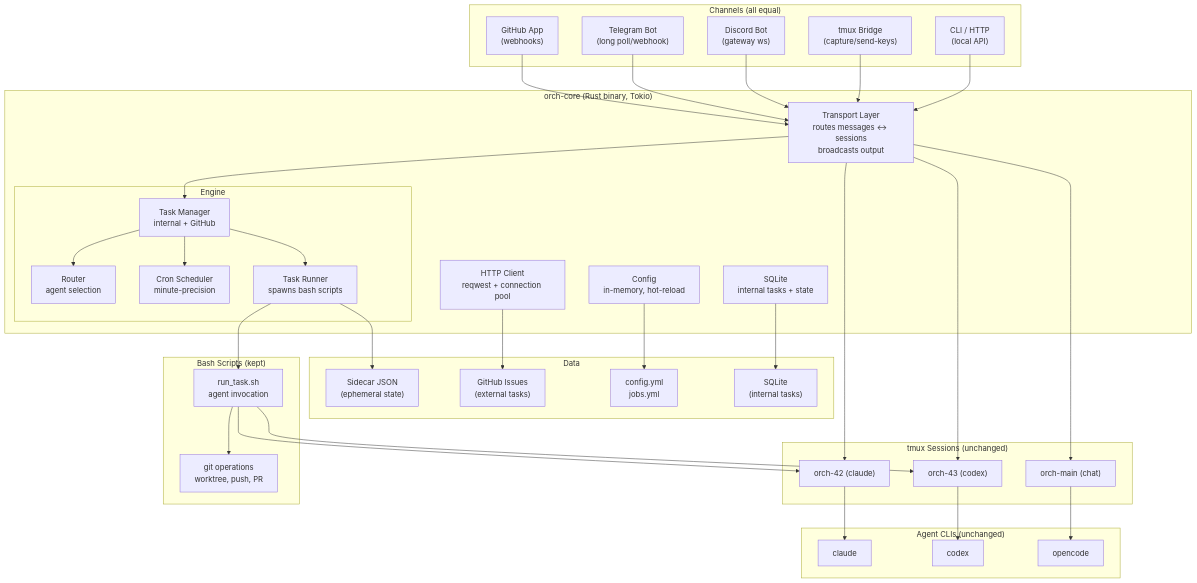
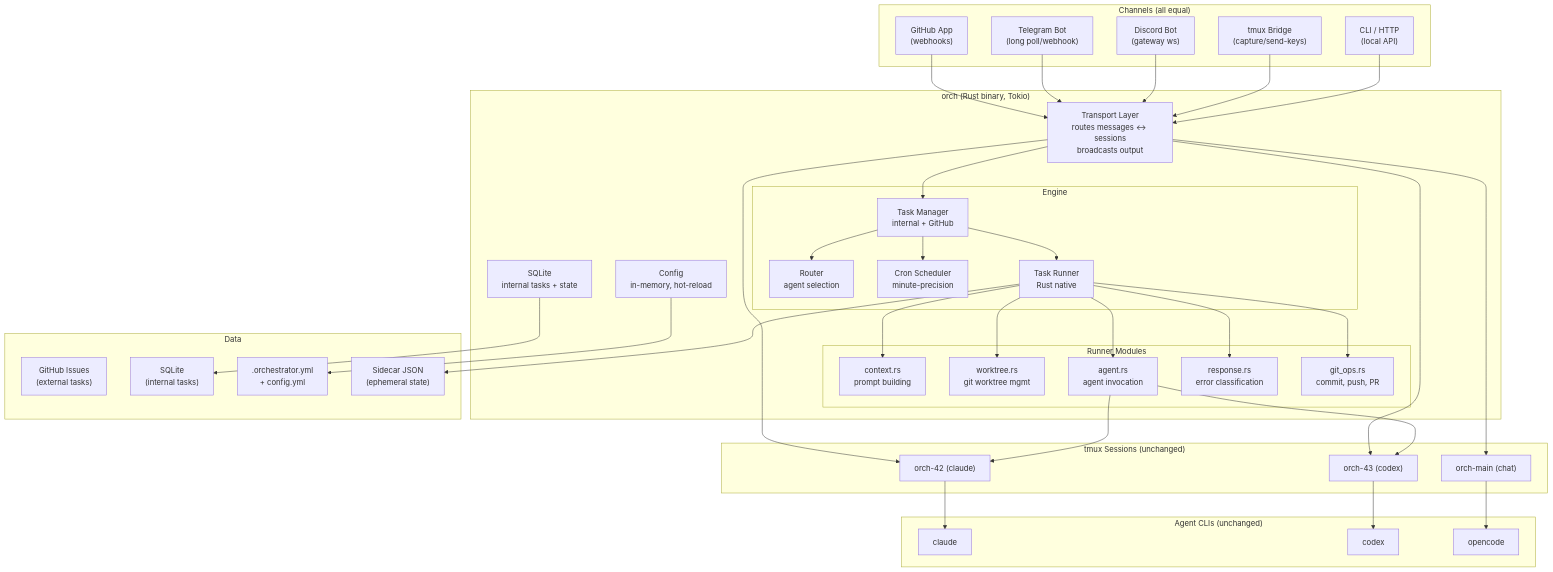
Before and after one commit to gabrielkoerich/orch: the third of 3 diagrams in PLAN.md, drawn with Mermaid. The commit also changed other lines of this file and 1 other file, not shown here.

````diff
--- a/PLAN.md
+++ b/PLAN.md
@@ -202,78 +200,82 @@
 ```mermaid
 graph TB
     subgraph "Channels (all equal)"
         GH_CH["GitHub App<br/>(webhooks)"]
         TG_CH["Telegram Bot<br/>(long poll/webhook)"]
         DC_CH["Discord Bot<br/>(gateway ws)"]
         TMUX_CH["tmux Bridge<br/>(capture/send-keys)"]
         CLI_CH["CLI / HTTP<br/>(local API)"]
     end
 
-    subgraph "orch-core (Rust binary, Tokio)"
+    subgraph "orch (Rust binary, Tokio)"
         TRANSPORT["Transport Layer<br/>routes messages ↔ sessions<br/>broadcasts output"]
 
         subgraph "Engine"
             TASKS["Task Manager<br/>internal + GitHub"]
             ROUTER["Router<br/>agent selection"]
             SCHEDULER["Cron Scheduler<br/>minute-precision"]
-            RUNNER["Task Runner<br/>spawns bash scripts"]
+            RUNNER["Task Runner<br/>Rust native"]
         end
 
-        HTTP["HTTP Client<br/>reqwest + connection pool"]
+        subgraph "Runner Modules"
+            CTX["context.rs<br/>prompt building"]
+            WT["worktree.rs<br/>git worktree mgmt"]
+            AGT["agent.rs<br/>agent invocation"]
+            RESP["response.rs<br/>error classification"]
+            GITOPS["git_ops.rs<br/>commit, push, PR"]
+        end
+
         CONFIG_RS["Config<br/>in-memory, hot-reload"]
         SQLITE["SQLite<br/>internal tasks + state"]
-    end
-
-    subgraph "Bash Scripts (kept)"
-        RUN_SH["run_task.sh<br/>agent invocation"]
-        GIT_OPS["git operations<br/>worktree, push, PR"]
     end
 
     subgraph "Agent CLIs (unchanged)"
         CL["claude"]
         CO["codex"]
         OC["opencode"]
     end
 
     subgraph "tmux Sessions (unchanged)"
         T1["orch-42 (claude)"]
         T2["orch-43 (codex)"]
         T3["orch-main (chat)"]
     end
 
     subgraph "Data"
         GH_ISSUES["GitHub Issues<br/>(external tasks)"]
         LOCAL_DB["SQLite<br/>(internal tasks)"]
-        YAML["config.yml<br/>jobs.yml"]
+        YAML[".orchestrator.yml<br/>+ config.yml"]
         SIDE["Sidecar JSON<br/>(ephemeral state)"]
     end
 
     GH_CH --> TRANSPORT
     TG_CH --> TRANSPORT
     DC_CH --> TRANSPORT
     TMUX_CH --> TRANSPORT
     CLI_CH --> TRANSPORT
 
     TRANSPORT --> TASKS
     TRANSPORT --> T1
     TRANSPORT --> T2
     TRANSPORT --> T3
 
     TASKS --> ROUTER
     TASKS --> SCHEDULER
     TASKS --> RUNNER
 
-    RUNNER --> RUN_SH
-    RUN_SH --> GIT_OPS
-    RUN_SH --> T1
-    RUN_SH --> T2
+    RUNNER --> CTX
+    RUNNER --> WT
+    RUNNER --> AGT
+    RUNNER --> RESP
+    RUNNER --> GITOPS
+    AGT --> T1
+    AGT --> T2
 
     T1 --> CL
     T2 --> CO
     T3 --> OC
 
-    HTTP --> GH_ISSUES
     SQLITE --> LOCAL_DB
     CONFIG_RS --> YAML
     RUNNER --> SIDE
 ```
````
